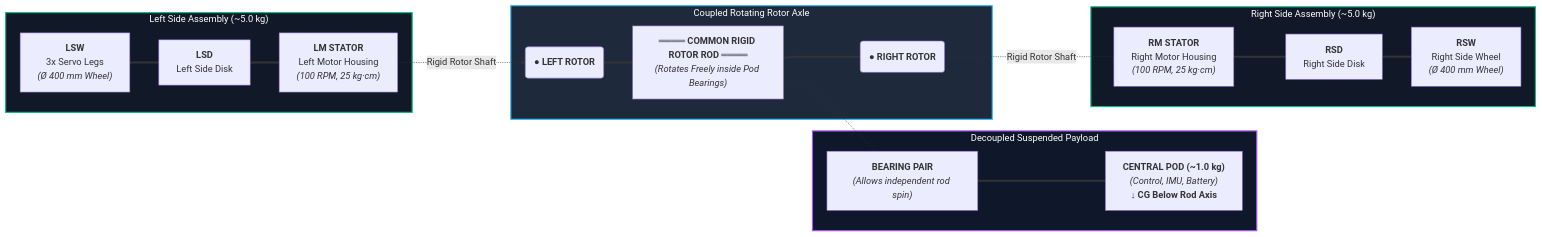
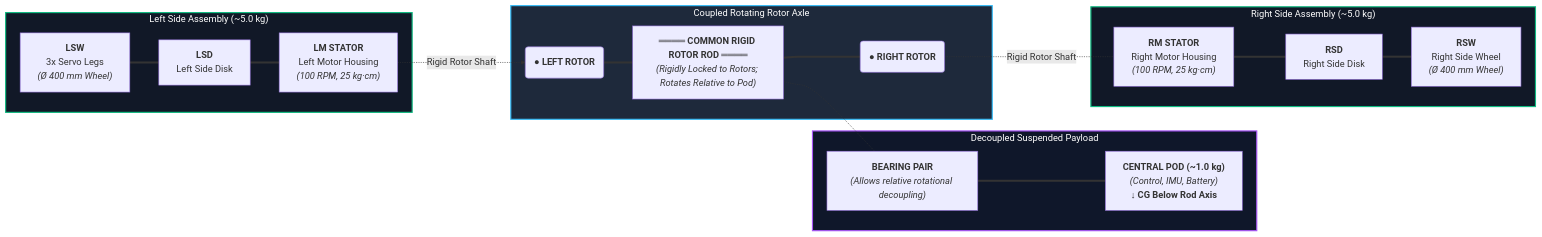
Before and after one commit to ParagPat20/Codes: the diagram in Documentation/Mechanical_Structure.md, drawn with Mermaid. The commit also changed other lines of this file and 3 other files, not shown here.

````diff
--- a/Documentation/Mechanical_Structure.md
+++ b/Documentation/Mechanical_Structure.md
@@ -181,45 +181,45 @@
 ```mermaid
 graph LR
     subgraph Left_Assembly ["Left Side Assembly (~5.0 kg)"]
         LSW["<b>LSW</b><br/>3x Servo Legs<br/><i>(Ø 400 mm Wheel)</i>"]
         LSD["<b>LSD</b><br/>Left Side Disk"]
         LM_STATOR["<b>LM STATOR</b><br/>Left Motor Housing<br/><i>(100 RPM, 25 kg·cm)</i>"]
     end
 
     subgraph Coupled_Rotor_System ["Coupled Rotating Rotor Axle"]
         LMS_ROTOR("● <b>LEFT ROTOR</b>")
-        RIGID_ROD["════ <b>COMMON RIGID ROTOR ROD</b> ════<br/><i>(Rotates Freely inside Pod Bearings)</i>"]
+        RIGID_ROD["════ <b>COMMON RIGID ROTOR ROD</b> ════<br/><i>(Rigidly Locked to Rotors; Rotates Relative to Pod)</i>"]
         RMS_ROTOR("● <b>RIGHT ROTOR</b>")
     end
 
     subgraph Suspended_Payload ["Decoupled Suspended Payload"]
-        BEARINGS["<b>BEARING PAIR</b><br/><i>(Allows independent rod spin)</i>"]
+        BEARINGS["<b>BEARING PAIR</b><br/><i>(Allows relative rotational decoupling)</i>"]
         MID_POD["<b>CENTRAL POD (~1.0 kg)</b><br/><i>(Control, IMU, Battery)</i><br/><b>↓ CG Below Rod Axis</b>"]
     end
 
     subgraph Right_Assembly ["Right Side Assembly (~5.0 kg)"]
         RM_STATOR["<b>RM STATOR</b><br/>Right Motor Housing<br/><i>(100 RPM, 25 kg·cm)</i>"]
         RSD["<b>RSD</b><br/>Right Side Disk"]
         RSW["<b>RSW</b><br/>Right Side Wheel<br/><i>(Ø 400 mm Wheel)</i>"]
     end
 
     %% Kinematic Connections
     LSW === LSD
     LSD === LM_STATOR
     LM_STATOR -. Rigid Rotor Shaft .-> LMS_ROTOR
     LMS_ROTOR === RIGID_ROD
     RIGID_ROD === RMS_ROTOR
     RMS_ROTOR -. Rigid Rotor Shaft .- RM_STATOR
     RM_STATOR === RSD
     RSD === RSW
 
     %% Bearing Suspended Coupling
     RIGID_ROD -.- BEARINGS
     BEARINGS === MID_POD
 
     %% Visual Styling
     style Coupled_Rotor_System fill:#1e293b,stroke:#38bdf8,stroke-width:2px,color:#fff
     style Suspended_Payload fill:#0f172a,stroke:#a855f7,stroke-width:2px,color:#fff
     style Left_Assembly fill:#111827,stroke:#10b981,stroke-width:2px,color:#fff
     style Right_Assembly fill:#111827,stroke:#10b981,stroke-width:2px,color:#fff
 ```
````
